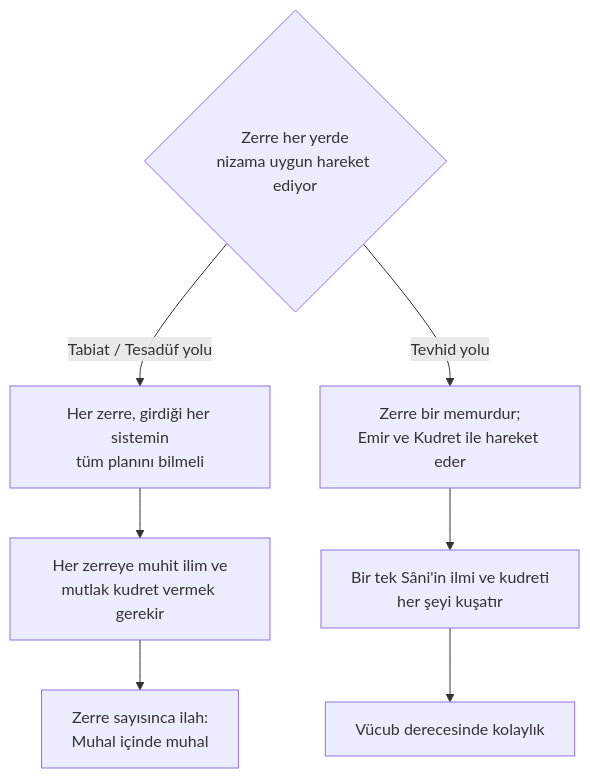
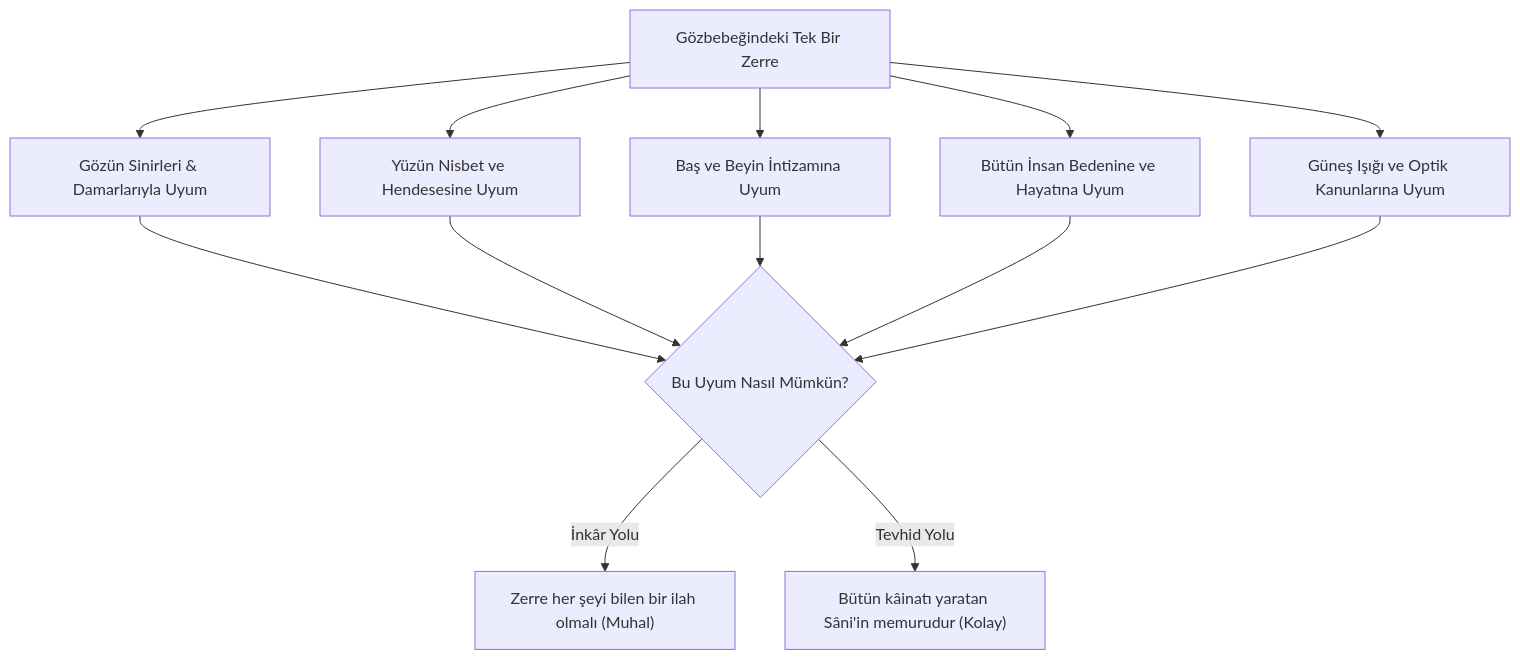
Before and after one commit to bahattinyunus/tilsim-i-kainat: the second of 2 diagrams in docs/zerre-dinamikleri/01-tahavvulat-i-zerrat.md, drawn with Mermaid. The commit also changed other lines of this file and 8 other files, not shown here.

````diff
--- a/docs/zerre-dinamikleri/01-tahavvulat-i-zerrat.md
+++ b/docs/zerre-dinamikleri/01-tahavvulat-i-zerrat.md
@@ -15,10 +54,14 @@
 ```mermaid
 flowchart TD
-    Q{"Zerre her yerde<br/>nizama uygun hareket ediyor"}
-    Q -->|"Tabiat / Tesadüf yolu"| A["Her zerre, girdiği her sistemin<br/>tüm planını bilmeli"]
-    A --> A2["Her zerreye muhit ilim ve<br/>mutlak kudret vermek gerekir"]
-    A2 --> A3["Zerre sayısınca ilah:<br/>Muhal içinde muhal"]
-    Q -->|"Tevhid yolu"| B["Zerre bir memurdur;<br/>Emir ve Kudret ile hareket eder"]
-    B --> B2["Bir tek Sâni'in ilmi ve kudreti<br/>her şeyi kuşatır"]
-    B2 --> B3["Vücub derecesinde kolaylık"]
+    Z["Gözbebeğindeki Tek Bir Zerre"]
+    Z --> D1["Gözün Sinirleri & Damarlarıyla Uyum"]
+    Z --> D2["Yüzün Nisbet ve Hendesesine Uyum"]
+    Z --> D3["Baş ve Beyin İntizamına Uyum"]
+    Z --> D4["Bütün İnsan Bedenine ve Hayatına Uyum"]
+    Z --> D5["Güneş Işığı ve Optik Kanunlarına Uyum"]
+    
+    Netice{"Bu Uyum Nasıl Mümkün?"}
+    D1 & D2 & D3 & D4 & D5 --> Netice
+    Netice -->|"İnkâr Yolu"| K1["Zerre her şeyi bilen bir ilah olmalı (Muhal)"]
+    Netice -->|"Tevhid Yolu"| K2["Bütün kâinatı yaratan Sâni'in memurudur (Kolay)"]
 ```
````
